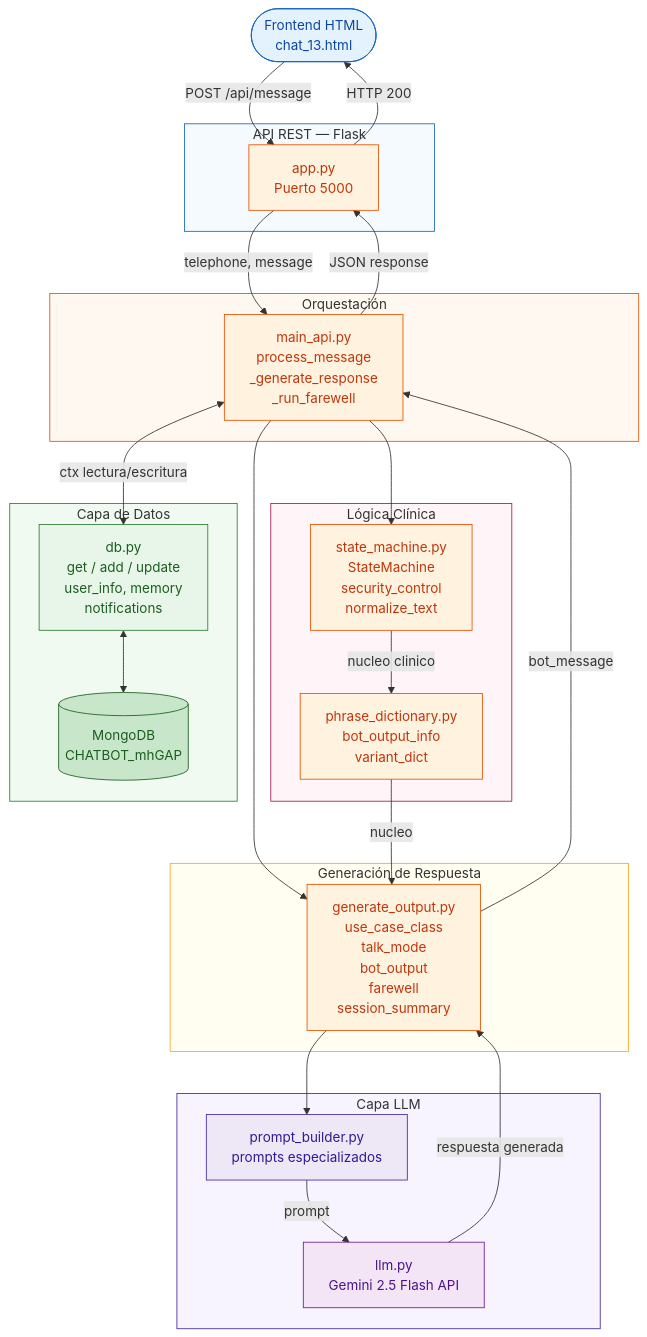
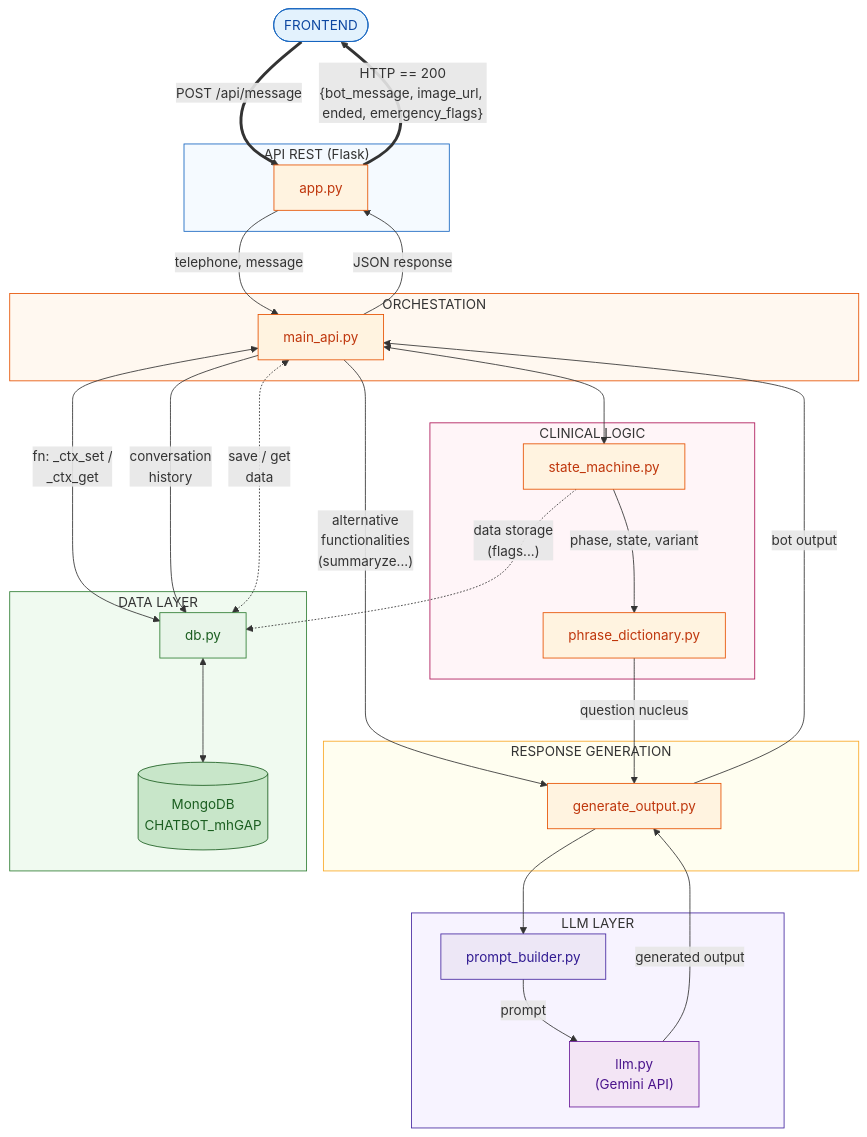
One commit to JordiiQueralto/AURORA_mhGAP-IG_v2.0 changed the first of 5 diagrams in diagrams/backend_flow_diagram.md. Above: the diagram before and after it, drawn with Mermaid.

Commit message:
Update backend flow diagram with improved labels (figure 1)

````diff
--- a/diagrams/backend_flow_diagram.md
+++ b/diagrams/backend_flow_diagram.md
@@ -11,60 +11,63 @@
 ```mermaid
 flowchart TD
-    FE([Frontend HTML\nchat_13.html]):::external
+    FE([FRONTEND]):::external
 
-    subgraph API["API REST — Flask"]
-        APP["app.py\nPuerto 5000"]:::module
+    subgraph API["API REST (Flask)"]
+        APP["app.py"]:::module
     end
 
-    subgraph ORCH["Orquestación"]
-        MAIN["main_api.py\nprocess_message\n_generate_response\n_run_farewell"]:::module
+    subgraph ORCH["ORCHESTATION"]
+        MAIN["main_api.py"]:::module
     end
 
-    subgraph CLINICAL["Lógica Clínica"]
-        FSM_MOD["state_machine.py\nStateMachine\nsecurity_control\nnormalize_text"]:::module
-        PHRASE["phrase_dictionary.py\nbot_output_info\nvariant_dict"]:::module
+    subgraph CLINICAL["CLINICAL LOGIC"]
+        FSM_MOD["state_machine.py"]:::module
+        PHRASE["phrase_dictionary.py"]:::module
     end
 
-    subgraph GENOUT["Generación de Respuesta"]
-        GEN["generate_output.py\nuse_case_class\ntalk_mode\nbot_output\nfarewell\nsession_summary"]:::module
+    subgraph GENOUT["RESPONSE GENERATION"]
+        GEN["generate_output.py"]:::module
     end
 
-    subgraph LLM_L["Capa LLM"]
-        PB["prompt_builder.py\nprompts especializados"]:::prompt
-        LLM["llm.py\nGemini 2.5 Flash API"]:::llm
+    subgraph LLM_L["LLM LAYER"]
+        PB["prompt_builder.py"]:::prompt
+        LLM["llm.py\n(Gemini API)"]:::llm
     end
 
-    subgraph DB_L["Capa de Datos"]
-        DB["db.py\nget / add / update\nuser_info, memory\nnotifications"]:::dbmod
+    subgraph DB_L["DATA LAYER"]
+        DB["db.py"]:::dbmod
         MONGO[("MongoDB\nCHATBOT_mhGAP")]:::db
     end
 
-    FE -->|"POST /api/message"| APP
+    FE ==>|"POST /api/message"| APP
     APP -->|"telephone, message"| MAIN
-    MAIN <-->|"ctx lectura/escritura"| DB
-    MAIN --> FSM_MOD
-    MAIN --> GEN
-    FSM_MOD -->|"nucleo clinico"| PHRASE
-    PHRASE -->|"nucleo"| GEN
+    MAIN <-->|"fn: _ctx_set / \n_ctx_get"| DB
+    MAIN -->|"conversation\nhistory"| DB
+    MAIN <-.->|"save / get \ndata"| DB
+    MAIN <--> FSM_MOD
+    MAIN --> |"alternative\nfunctionalities\n(summaryze...)"| GEN
+    FSM_MOD -->|"phase, state, variant"| PHRASE
+    PHRASE -->|"question nucleus"| GEN
     GEN --> PB
     PB -->|"prompt"| LLM
-    LLM -->|"respuesta generada"| GEN
-    GEN -->|"bot_message"| MAIN
+    LLM -->|"generated output"| GEN
+    GEN -->|"bot output"| MAIN
     DB <--> MONGO
     MAIN -->|"JSON response"| APP
-    APP -->|"HTTP 200"| FE
+    APP ==>|"HTTP == 200<br/>{bot_message, image_url, ended, emergency_flags}"| FE
+    FSM_MOD -.-> |"data storage<br/>(flags...)"|DB
 
     classDef external fill:#e3f2fd,stroke:#1565c0,color:#0d47a1
     classDef module  fill:#fff3e0,stroke:#e65100,color:#bf360c
     classDef prompt  fill:#ede7f6,stroke:#4527a0,color:#311b92
     classDef llm     fill:#f3e5f5,stroke:#6a1b9a,color:#4a148c
     classDef dbmod   fill:#e8f5e9,stroke:#2e7d32,color:#1b5e20
     classDef db      fill:#c8e6c9,stroke:#1b5e20,color:#1b5e20
 
     style API      fill:#f5faff,stroke:#1565c0
     style ORCH     fill:#fff8f0,stroke:#e65100
     style CLINICAL fill:#fff5f8,stroke:#ad1457
     style GENOUT   fill:#fffef0,stroke:#f9a825
     style LLM_L    fill:#f7f3ff,stroke:#4527a0
     style DB_L     fill:#f0faf0,stroke:#2e7d32
 ```
````
